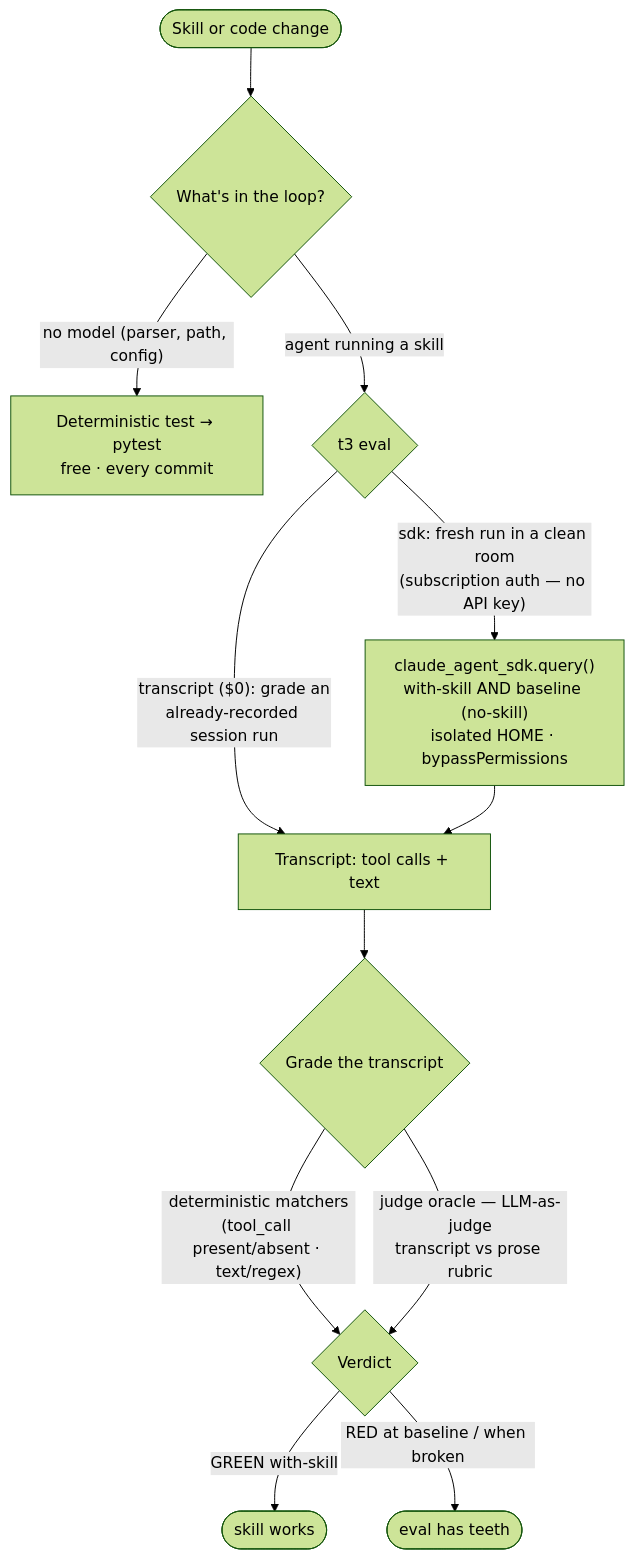
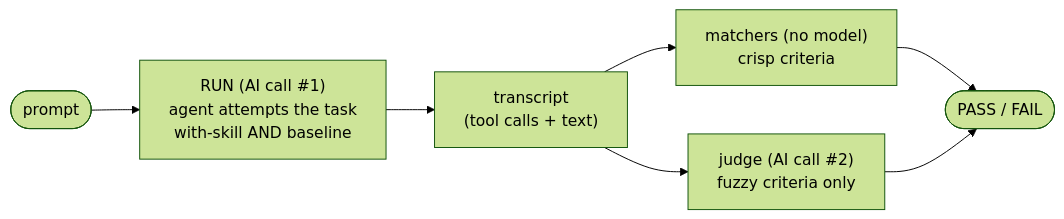
The diagram in docs/testing-skill-evals.md (souliane/teatree), drawn with Mermaid (forest theme) before and after one commit. The commit also changed other lines of this file, not shown here.

First line of the commit message:
docs(evals): rewrite testing-skill-evals as a quick playbook

````diff
--- a/docs/testing-skill-evals.md
+++ b/docs/testing-skill-evals.md
@@ -23,14 +48,9 @@
 ```mermaid
-flowchart TD
-    Change([Skill or code change]) --> Q{What's in the loop?}
-    Q -->|"no model (parser, path, config)"| T["Deterministic test → pytest<br/>free · every commit"]
-    Q -->|"agent running a skill"| EV{t3 eval}
-    EV -->|"transcript ($0): grade an<br/>already-recorded session run"| TR["Transcript: tool calls + text"]
-    EV -->|"sdk: fresh run in a clean room<br/>(subscription auth — no API key)"| RUN["claude_agent_sdk.query()<br/>with-skill AND baseline (no-skill)<br/>isolated HOME · bypassPermissions"]
-    RUN --> TR
-    TR --> GRADE{Grade the transcript}
-    GRADE -->|"deterministic matchers<br/>(tool_call present/absent · text/regex)"| V{Verdict}
-    GRADE -->|"judge oracle — LLM-as-judge<br/>transcript vs prose rubric"| V
-    V -->|"GREEN with-skill"| G([skill works])
-    V -->|"RED at baseline / when broken"| R([eval has teeth])
+flowchart LR
+    P([prompt]) --> RUN["RUN (AI call #1)<br/>agent attempts the task<br/>with-skill AND baseline"]
+    RUN --> T["transcript<br/>(tool calls + text)"]
+    T --> M["matchers (no model)<br/>crisp criteria"]
+    T --> J["judge (AI call #2)<br/>fuzzy criteria only"]
+    M --> V([PASS / FAIL])
+    J --> V
 ```
````
